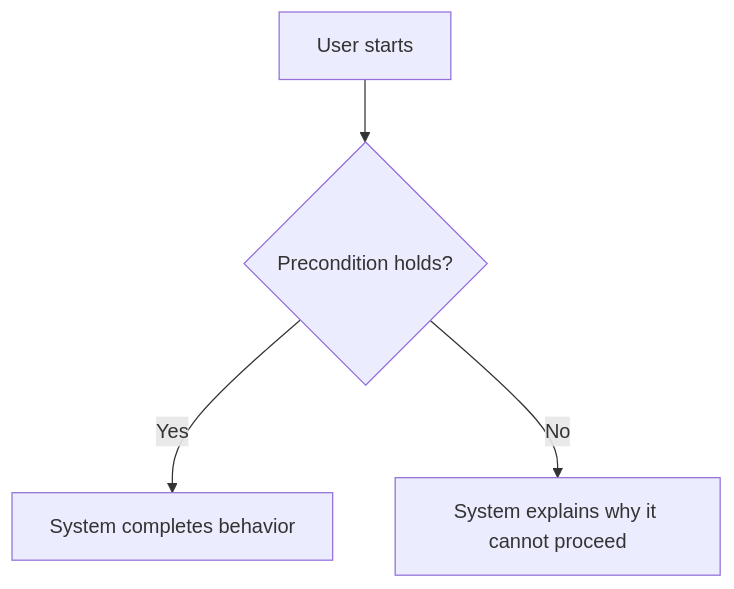
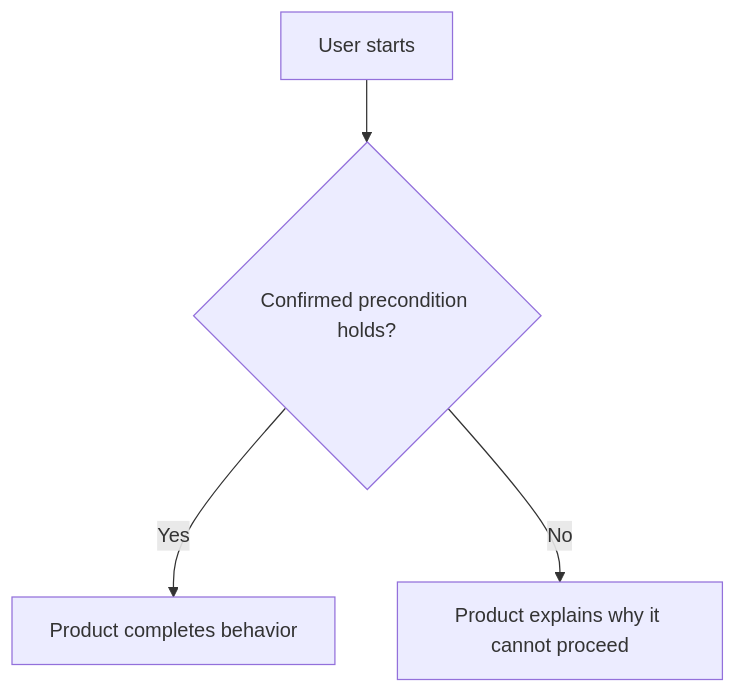
The first of 3 diagrams in skills/afk-ai-prd/references/diagram-guidelines.md (easyhaloo/afk), drawn with Mermaid before and after one commit. The commit also changed other lines of this file and 8 other files, not shown here.

````diff
--- a/skills/afk-ai-prd/references/diagram-guidelines.md
+++ b/skills/afk-ai-prd/references/diagram-guidelines.md
@@ -33,6 +38,6 @@
 ```mermaid
 flowchart TD
-    Start[User starts] --> Check{Precondition holds?}
-    Check -- Yes --> Success[System completes behavior]
-    Check -- No --> Failure[System explains why it cannot proceed]
+    Start[User starts] --> Check{Confirmed precondition holds?}
+    Check -- Yes --> Success[Product completes behavior]
+    Check -- No --> Failure[Product explains why it cannot proceed]
 ```
````
